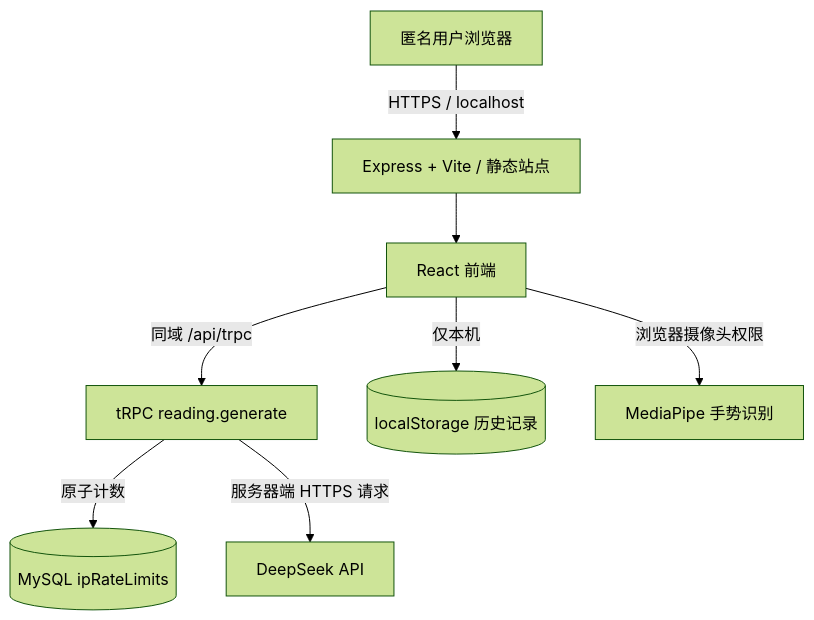
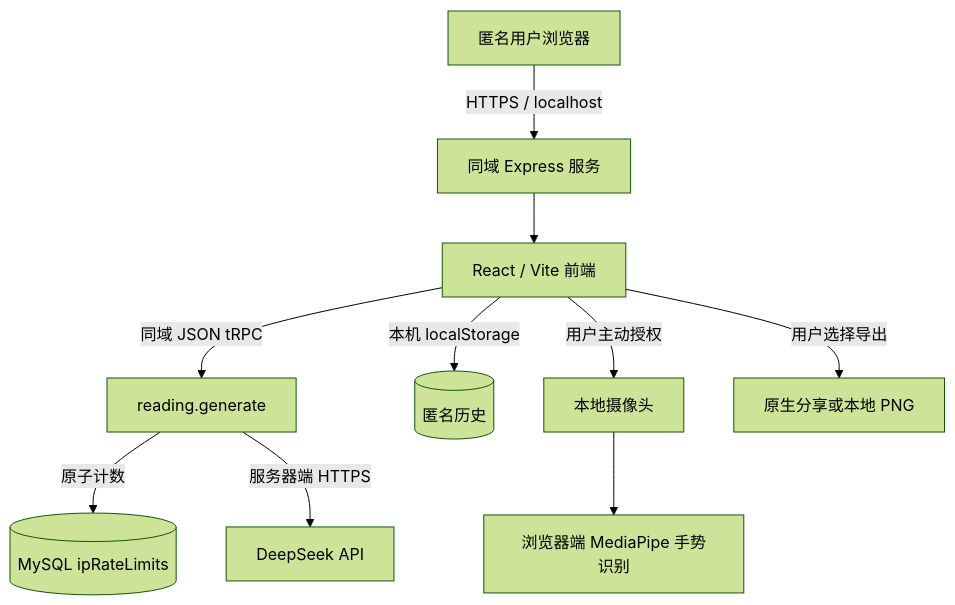
The diagram in README.md (Ritadu128/Liuyao-mvp), drawn with Mermaid (forest theme) before and after one commit. The commit also changed other lines of this file and 25 other files, not shown here.

````diff
--- a/README.md
+++ b/README.md
@@ -41,10 +55,12 @@
 ```mermaid
 flowchart TB
-  U[匿名用户浏览器] -->|HTTPS / localhost| N[Express + Vite / 静态站点]
-  N --> FE[React 前端]
-  FE -->|同域 /api/trpc| RPC[tRPC reading.generate]
+  U[匿名用户浏览器] -->|HTTPS / localhost| N[同域 Express 服务]
+  N --> FE[React / Vite 前端]
+  FE -->|同域 JSON tRPC| RPC[reading.generate]
   RPC -->|原子计数| DB[(MySQL ipRateLimits)]
-  RPC -->|服务器端 HTTPS 请求| DS[DeepSeek API]
-  FE -->|仅本机| LS[(localStorage 历史记录)]
-  FE -->|浏览器摄像头权限| MP[MediaPipe 手势识别]
+  RPC -->|服务器端 HTTPS| DS[DeepSeek API]
+  FE -->|本机 localStorage| LS[(匿名历史)]
+  FE -->|用户主动授权| CAM[本地摄像头]
+  CAM --> MP[浏览器端 MediaPipe 手势识别]
+  FE -->|用户选择导出| IMG[原生分享或本地 PNG]
 ```
````
